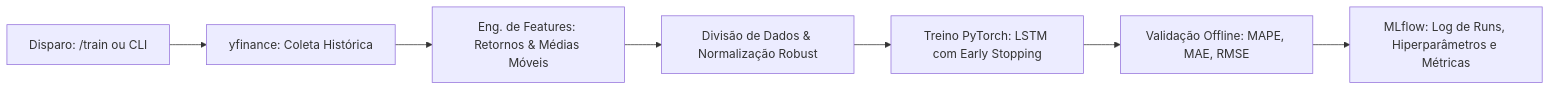
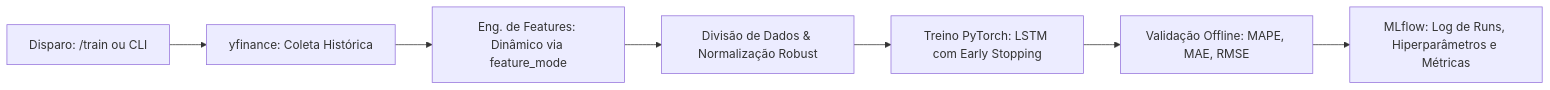
Before and after one commit to wildersa/fiap_tech_cha_fase4: the first of 2 diagrams in README.md, drawn with Mermaid. The commit also changed other lines of this file and 6 other files, not shown here.

````diff
--- a/README.md
+++ b/README.md
@@ -80,9 +80,9 @@
 ```mermaid
 flowchart LR
     A[Disparo: /train ou CLI] --> B[yfinance: Coleta Histórica]
-    B --> C[Eng. de Features: Retornos & Médias Móveis]
+    B --> C[Eng. de Features: Dinâmico via feature_mode]
     C --> D[Divisão de Dados & Normalização Robust]
     D --> E[Treino PyTorch: LSTM com Early Stopping]
     E --> F[Validação Offline: MAPE, MAE, RMSE]
     F --> G[MLflow: Log de Runs, Hiperparâmetros e Métricas]
 ```
````
